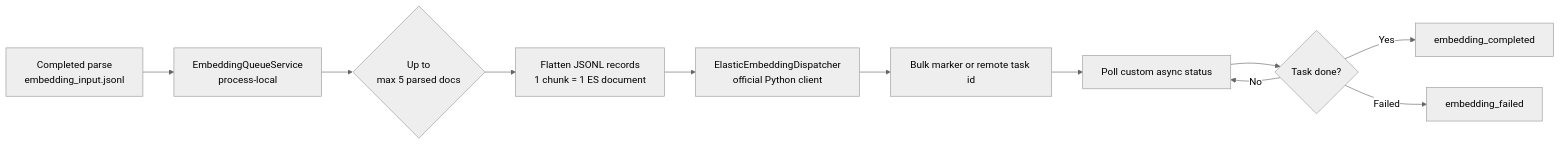
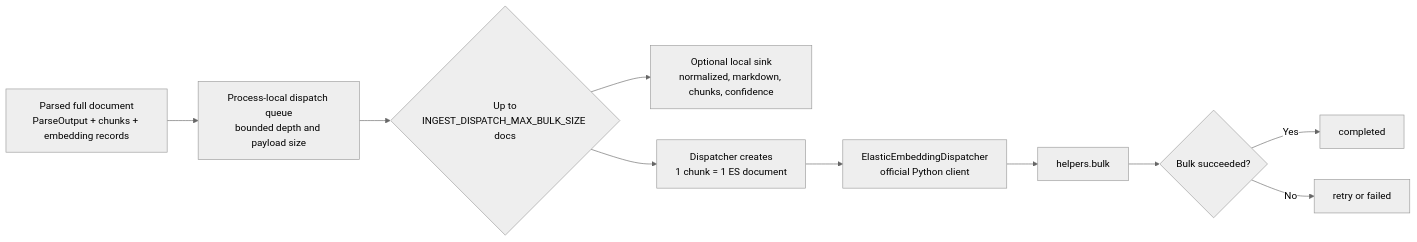
Before and after one commit to alrolo3/ingest-orquestator-service: the fourth of 7 diagrams in docs/architecture-diagram.md, drawn with Mermaid (neutral theme). The commit also changed other lines of this file and 41 other files, not shown here.

Commit message:
Implement v1.5 async ingestion dispatch

````diff
--- a/docs/architecture-diagram.md
+++ b/docs/architecture-diagram.md
@@ -143,13 +157,12 @@
 ```mermaid
 flowchart LR
-    Completed["Completed parse<br/>embedding_input.jsonl"] --> Queue["EmbeddingQueueService<br/>process-local"]
-    Queue --> Bulk{"Up to<br/>max 5 parsed docs"}
-    Bulk --> ChunkDocs["Flatten JSONL records<br/>1 chunk = 1 ES document"]
+    Parsed["Parsed full document<br/>ParseOutput + chunks + embedding records"] --> Queue["Process-local dispatch queue<br/>bounded depth and payload size"]
+    Queue --> Bulk{"Up to<br/>INGEST_DISPATCH_MAX_BULK_SIZE docs"}
+    Bulk --> Store["Optional local sink<br/>normalized, markdown, chunks, confidence"]
+    Bulk --> ChunkDocs["Dispatcher creates<br/>1 chunk = 1 ES document"]
     ChunkDocs --> Submit["ElasticEmbeddingDispatcher<br/>official Python client"]
-    Submit --> Task["Bulk marker or remote task id"]
-    Task --> Poll["Poll custom async status"]
-    Poll --> Done{"Task done?"}
-    Done -->|No| Poll
-    Done -->|Yes| CompletedState["embedding_completed"]
-    Done -->|Failed| FailedState["embedding_failed"]
+    Submit --> BulkCall["helpers.bulk"]
+    BulkCall --> Done{"Bulk succeeded?"}
+    Done -->|Yes| CompletedState["completed"]
+    Done -->|No| FailedState["retry or failed"]
 ```
````
